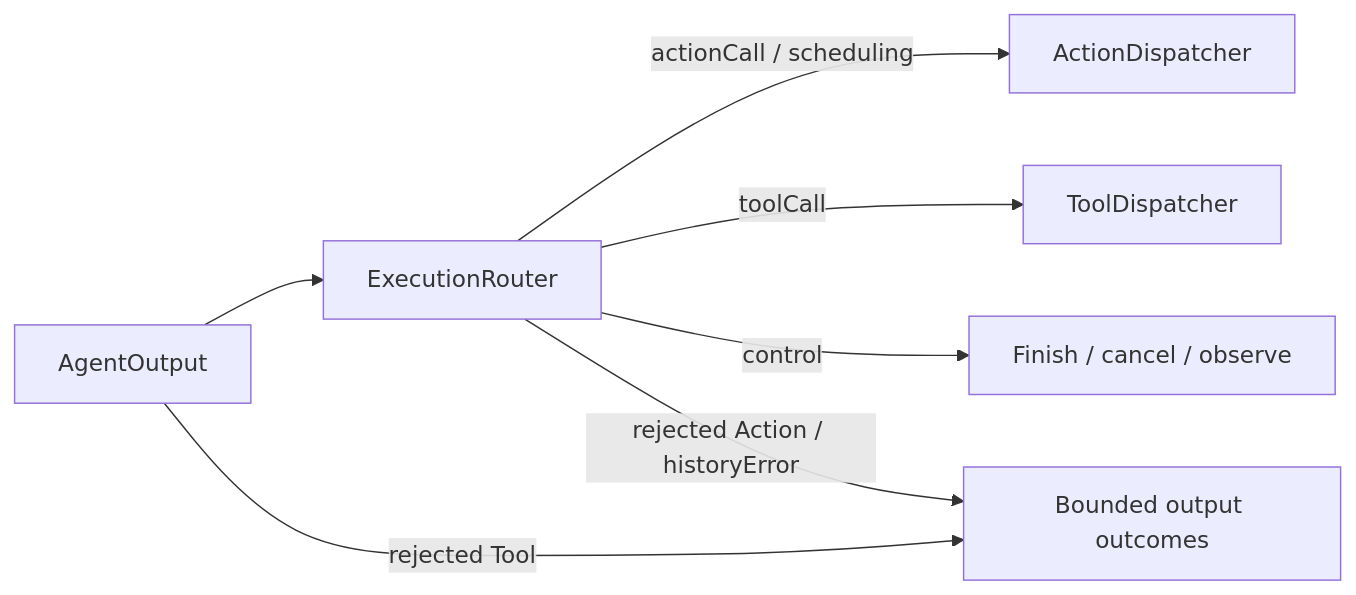
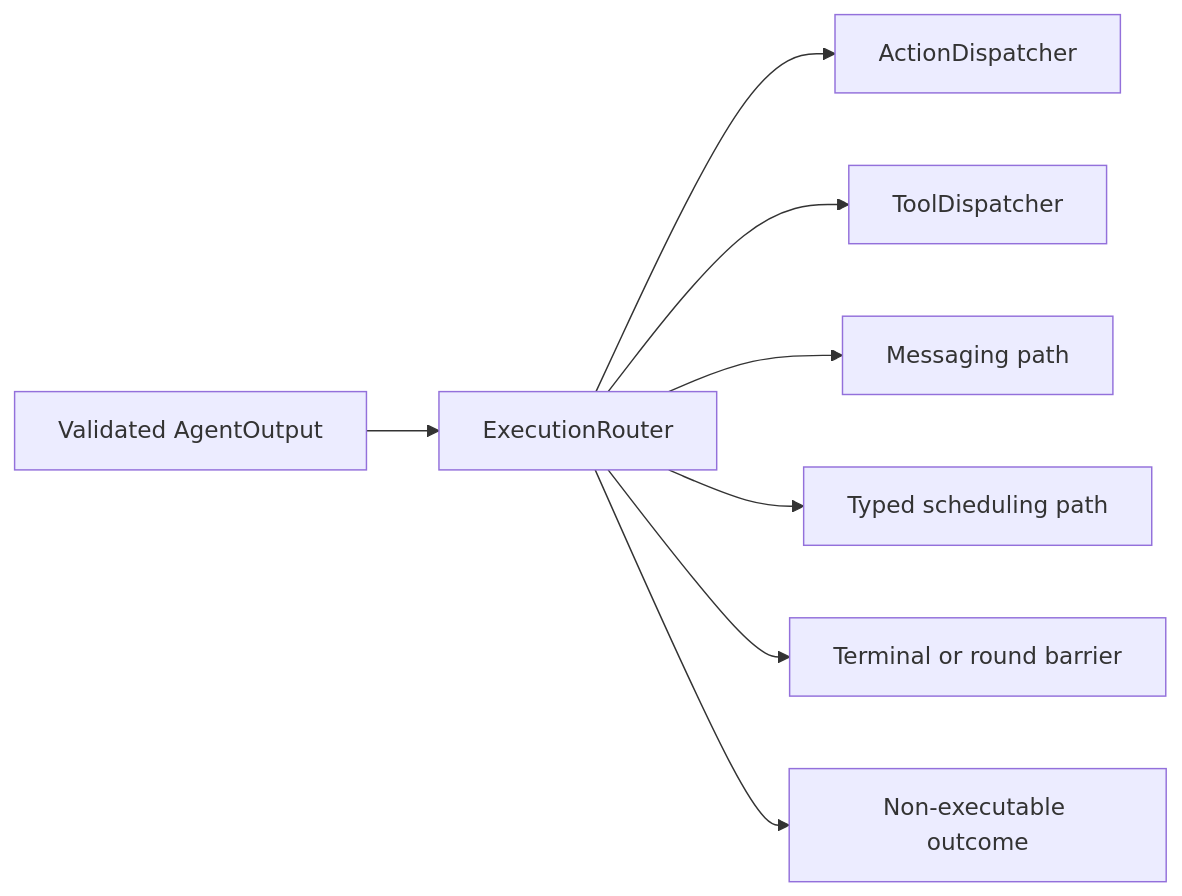
Before and after one commit to devilyouwei/MobileHarness: the diagram in MobileHarness/Gateway/Output/Routing/README.md, drawn with Mermaid. The commit also changed other lines of this file and 116 other files, not shown here.

````diff
--- a/MobileHarness/Gateway/Output/Routing/README.md
+++ b/MobileHarness/Gateway/Output/Routing/README.md
@@ -11,9 +15,10 @@
 ```mermaid
 flowchart LR
-    Output[AgentOutput] --> Router[ExecutionRouter]
-    Router -->|actionCall / scheduling| Actions[ActionDispatcher]
-    Router -->|toolCall| Tools[ToolDispatcher]
-    Router -->|control| Lifecycle[Finish / cancel / observe]
-    Output -->|rejected Tool| Results[Bounded output outcomes]
-    Router -->|rejected Action / historyError| Results
+ Validated[Validated AgentOutput] --> Router[ExecutionRouter]
+ Router --> Action[ActionDispatcher]
+ Router --> Tool[ToolDispatcher]
+ Router --> Communication[Messaging path]
+ Router --> Schedule[Typed scheduling path]
+ Router --> Control[Terminal or round barrier]
+ Router --> Rejection[Non-executable outcome]
 ```
````
